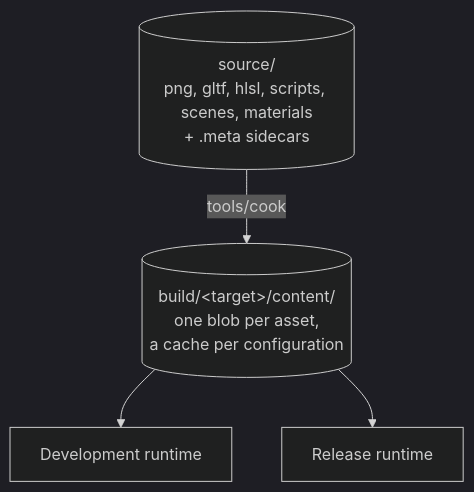
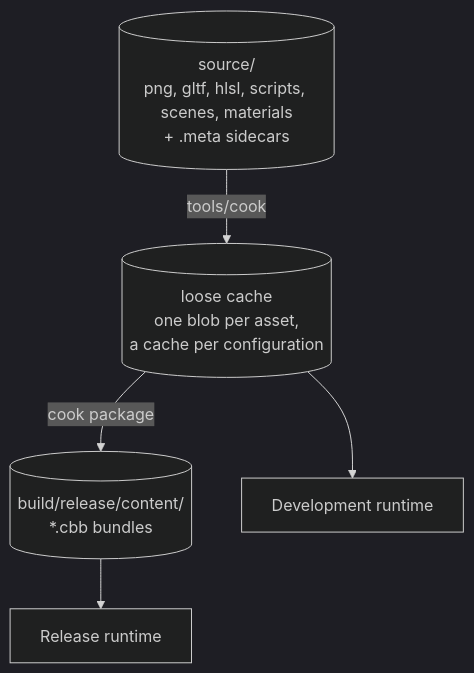
The second of 2 diagrams in docs/overview/architecture.md (aszecsei/cinnabar), drawn with Mermaid (dark theme) before and after one commit. The commit also changed other lines of this file and 22 other files, not shown here.

````diff
--- a/docs/overview/architecture.md
+++ b/docs/overview/architecture.md
@@ -124,11 +125,13 @@
 ```mermaid
 flowchart TB
     SOURCE[("source/<br/>png, gltf, hlsl, scripts, scenes, materials<br/>+ .meta sidecars")]
-    CACHE[("build/&lt;target&gt;/content/<br/>one blob per asset,<br/>a cache per configuration")]
+    CACHE[("loose cache<br/>one blob per asset,<br/>a cache per configuration")]
+    BUNDLES[("build/release/content/<br/>*.cbb bundles")]
     DEVRT["Development runtime"]
     RELRT["Release runtime"]
 
     SOURCE -->|"tools/cook"| CACHE
     CACHE --> DEVRT
-    CACHE --> RELRT
+    CACHE -->|"cook package"| BUNDLES
+    BUNDLES --> RELRT
 ```
````
